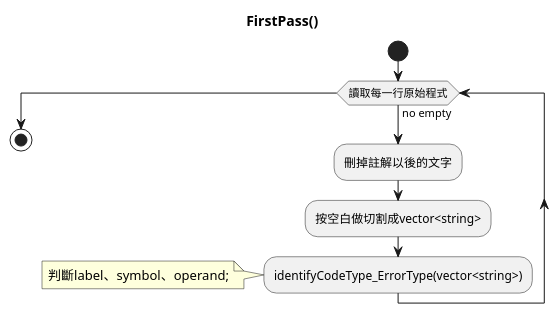
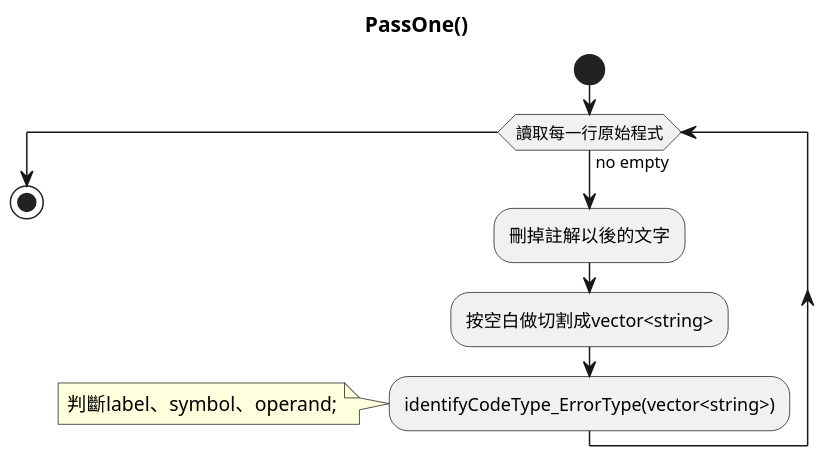
Before and after one commit to brooklin123/System_Software: the diagram in version3/activity/firstpass().puml, drawn with PlantUML. The commit also changed 24 other files, not shown here.

```diff
--- a/version3/activity/firstpass().puml
+++ b/version3/activity/firstpass().puml
@@ -1,11 +1,13 @@
 @startuml
-title FirstPass()
+title PassOne()
+scale 1024 width
+scale 500 height
 start
 while (讀取每一行原始程式) is(no empty)
   :刪掉註解以後的文字;
   :按空白做切割成vector<string>;
   :identifyCodeType_ErrorType(vector<string>);
   note left: 判斷label、symbol、operand;
 endwhile
 stop
 @endumls
```
